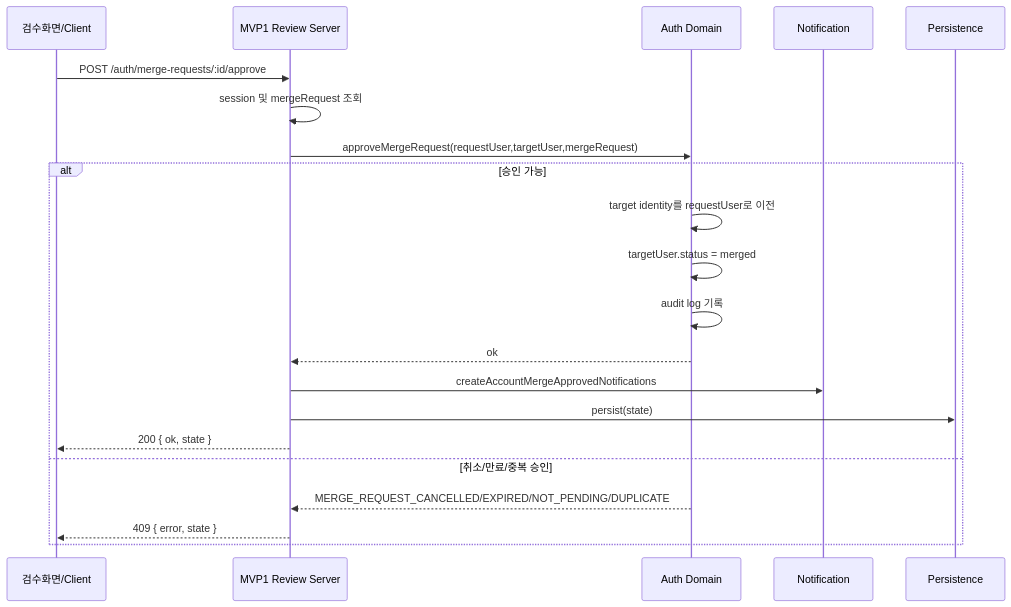
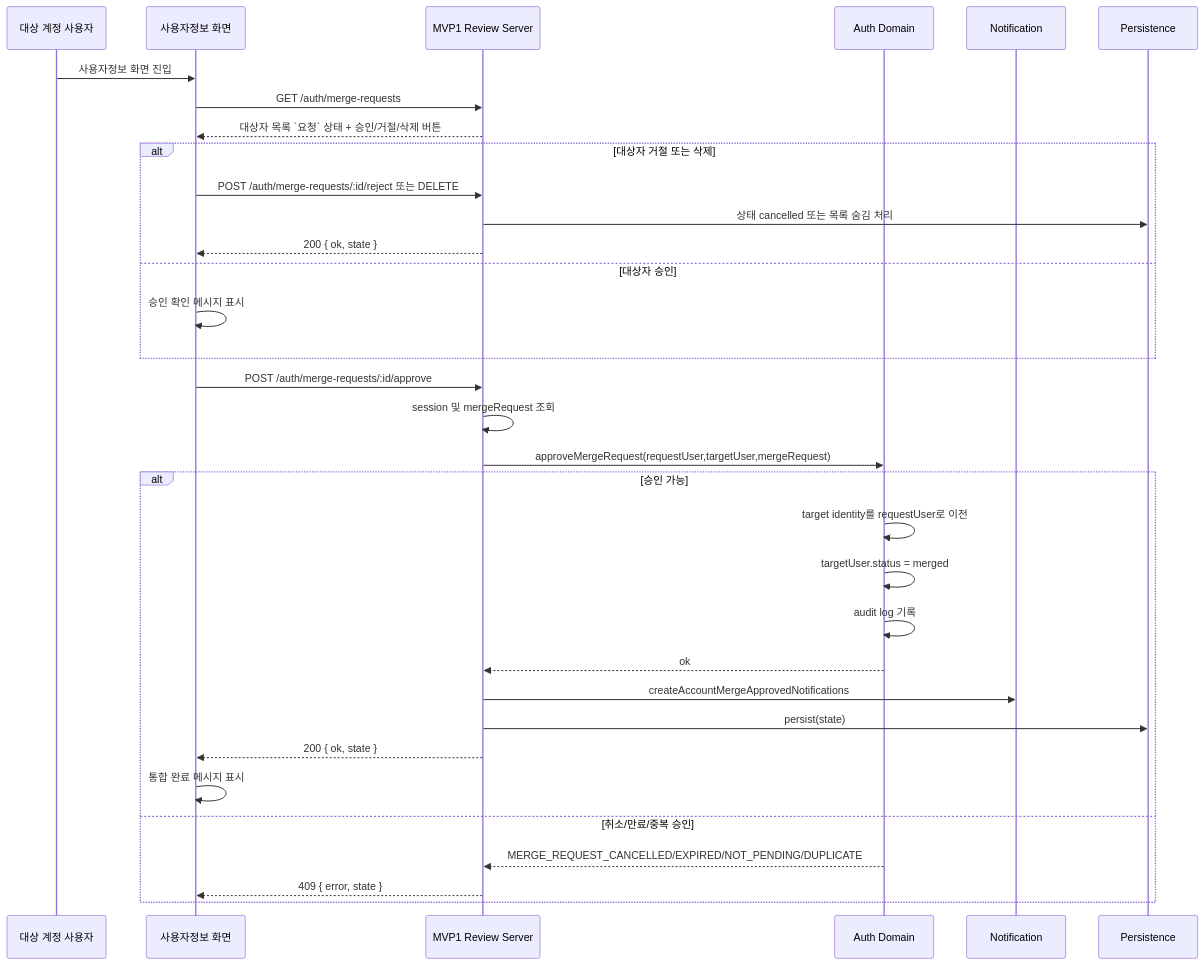
The sixth of 7 diagrams in docs/00_산출물/01_프로젝트산출물/mvp1중간점검/02_시퀀스다이어그램.md (jkoogit/PDFowers), drawn with Mermaid before and after one commit. The commit also changed other lines of this file and 19 other files, not shown here.

````diff
--- a/docs/00_산출물/01_프로젝트산출물/mvp1중간점검/02_시퀀스다이어그램.md
+++ b/docs/00_산출물/01_프로젝트산출물/mvp1중간점검/02_시퀀스다이어그램.md
@@ -117,24 +155,37 @@
 ```mermaid
 sequenceDiagram
-    participant R as 검수화면/Client
+    participant U as 대상 계정 사용자
+    participant R as 사용자정보 화면
     participant S as MVP1 Review Server
     participant D as Auth Domain
     participant N as Notification
     participant P as Persistence
+
+    U->>R: 사용자정보 화면 진입
+    R->>S: GET /auth/merge-requests
+    S-->>R: 대상자 목록 `요청` 상태 + 승인/거절/삭제 버튼
+    alt 대상자 거절 또는 삭제
+        R->>S: POST /auth/merge-requests/:id/reject 또는 DELETE
+        S->>P: 상태 cancelled 또는 목록 숨김 처리
+        S-->>R: 200 { ok, state }
+    else 대상자 승인
+        R->>R: 승인 확인 메시지 표시
+    end
 
     R->>S: POST /auth/merge-requests/:id/approve
     S->>S: session 및 mergeRequest 조회
     S->>D: approveMergeRequest(requestUser,targetUser,mergeRequest)
     alt 승인 가능
         D->>D: target identity를 requestUser로 이전
         D->>D: targetUser.status = merged
         D->>D: audit log 기록
         D-->>S: ok
         S->>N: createAccountMergeApprovedNotifications
         S->>P: persist(state)
         S-->>R: 200 { ok, state }
+        R->>R: 통합 완료 메시지 표시
     else 취소/만료/중복 승인
         D-->>S: MERGE_REQUEST_CANCELLED/EXPIRED/NOT_PENDING/DUPLICATE
         S-->>R: 409 { error, state }
     end
 ```
````
